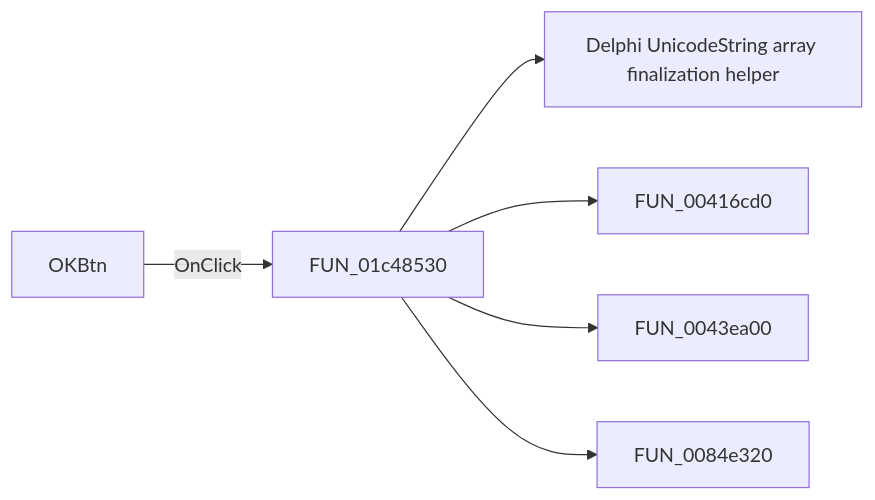
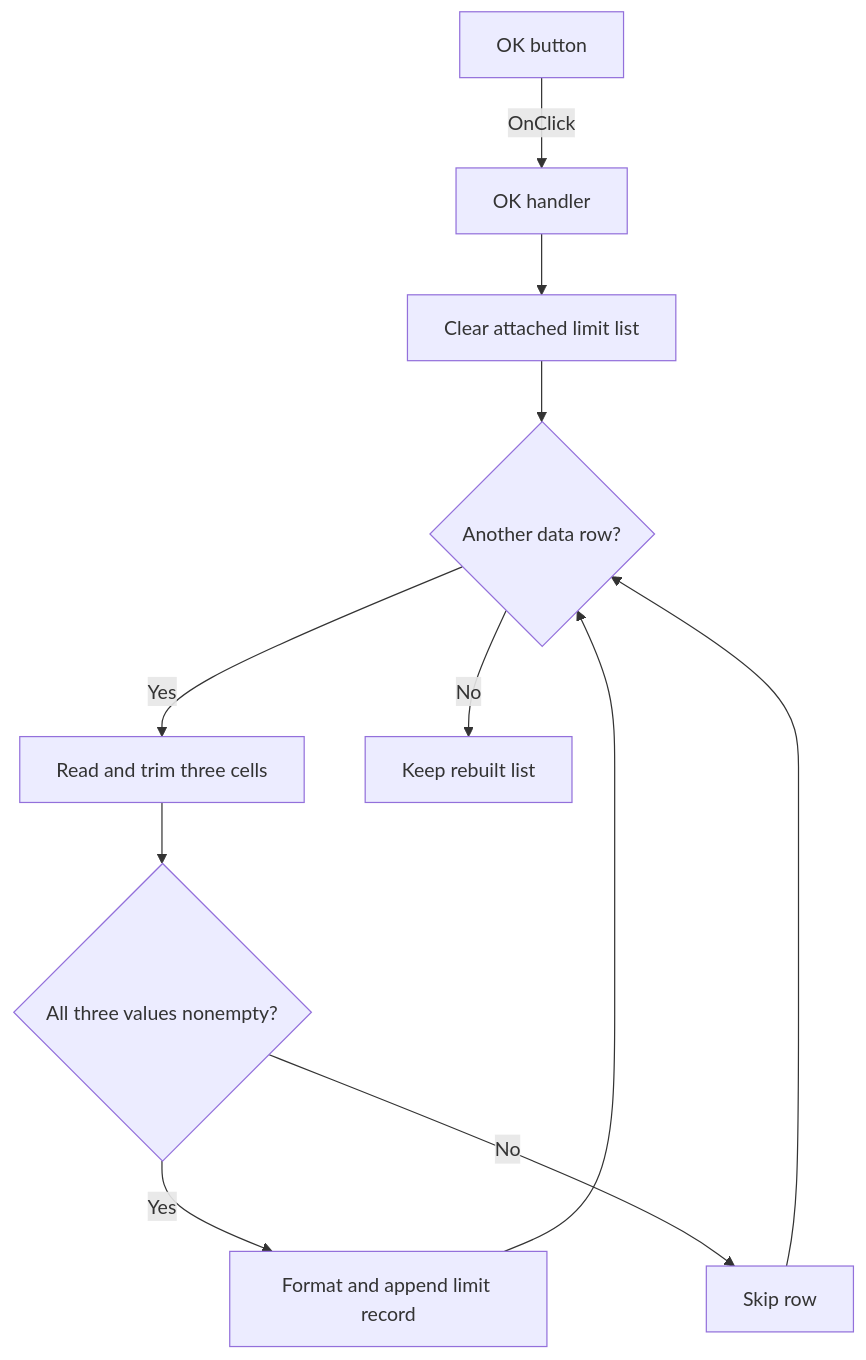
One commit to MovGP0/TIARA changed the diagram in docs/ui-controls/frmsetcompmainvaluelimits/okbtn-3efc9978e2.md. Above: the diagram before and after it, drawn with Mermaid. The commit also changed other lines of this file and 387 other files, not shown here.

````diff
--- a/docs/ui-controls/frmsetcompmainvaluelimits/okbtn-3efc9978e2.md
+++ b/docs/ui-controls/frmsetcompmainvaluelimits/okbtn-3efc9978e2.md
@@ -27,8 +27,13 @@
 ```mermaid
-flowchart LR
-    control["OKBtn"] -->|OnClick| handler["FUN_01c48530"]
-    handler --> call1["Delphi UnicodeString array finalization helper"]
-    handler --> call2["FUN_00416cd0"]
-    handler --> call3["FUN_0043ea00"]
-    handler --> call4["FUN_0084e320"]
+flowchart TD
+    control["OK button"] -->|"OnClick"| handler["OK handler"]
+    handler --> clear["Clear attached limit list"]
+    clear --> more{"Another data row?"}
+    more -->|"Yes"| rows["Read and trim three cells"]
+    more -->|"No"| done["Keep rebuilt list"]
+    rows --> complete{"All three values nonempty?"}
+    complete -->|"Yes"| append["Format and append limit record"]
+    complete -->|"No"| skip["Skip row"]
+    append --> more
+    skip --> more
 ```
````
